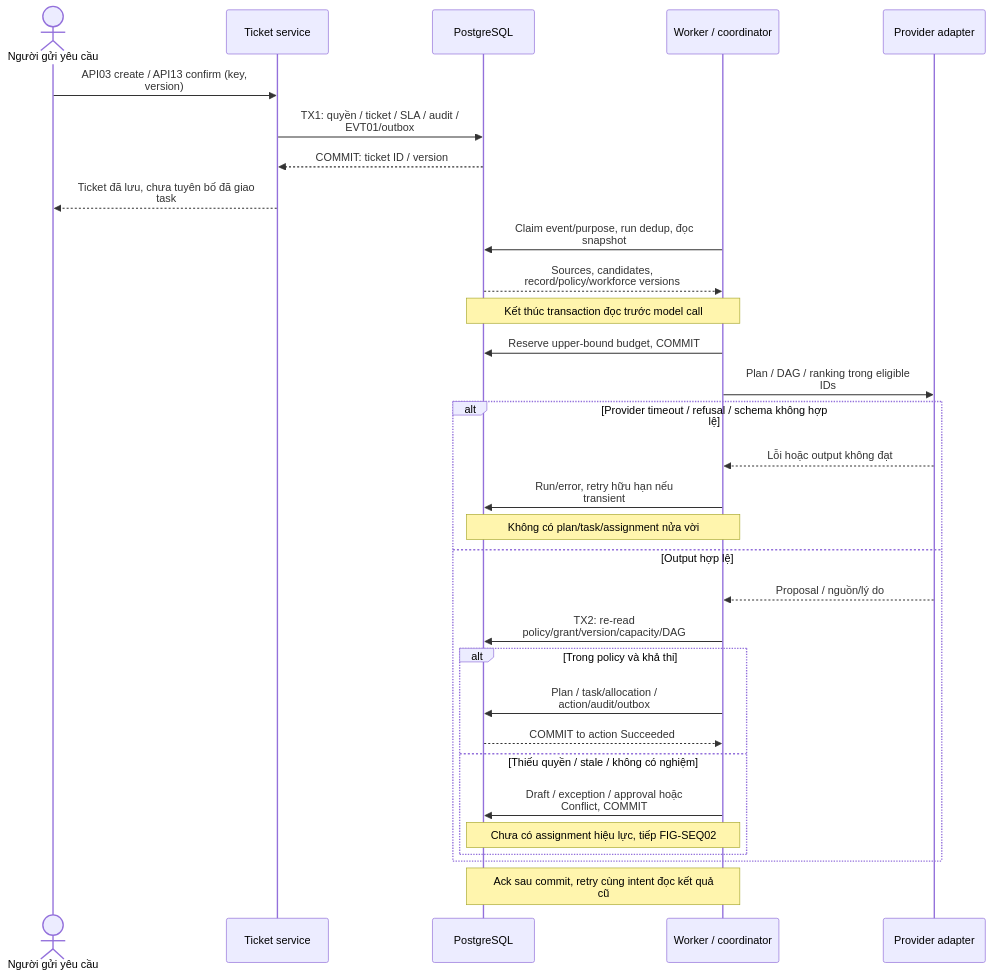
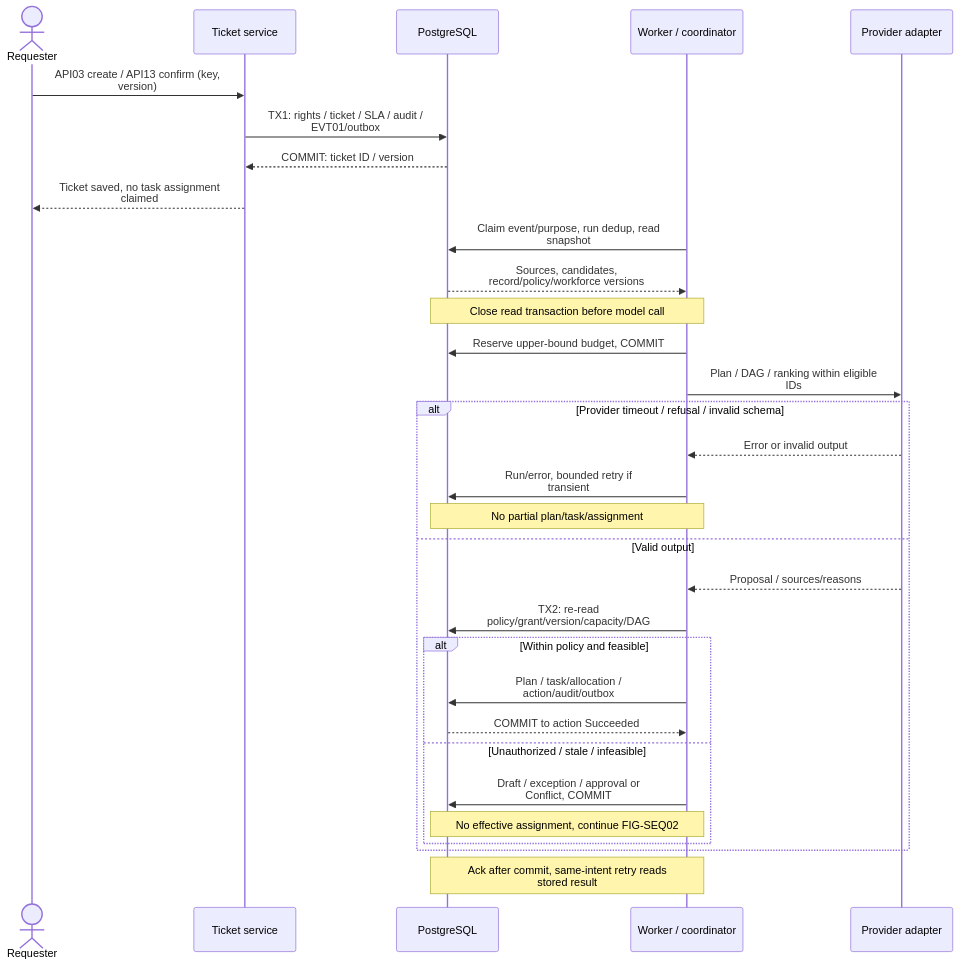
Before and after one commit to congminh1705/IT-Operation-Hub: the third of 5 diagrams in docs/diagrams/architecture.md, drawn with Mermaid. The commit also changed other lines of this file and 70 other files, not shown here.

Commit message:
docs(diagrams): synchronize English SVG and native XMind designs

````diff
--- a/docs/diagrams/architecture.md
+++ b/docs/diagrams/architecture.md
@@ -108,33 +108,33 @@
 ```mermaid
 sequenceDiagram
-    actor U as Người gửi yêu cầu
+    actor U as Requester
     participant API as Ticket service
     participant DB as PostgreSQL
     participant W as Worker / coordinator
     participant P as Provider adapter
     U->>API: API03 create / API13 confirm (key,<br/>version)
-    API->>DB: TX1: quyền / ticket / SLA / audit /<br/>EVT01/outbox
+    API->>DB: TX1: rights / ticket / SLA / audit /<br/>EVT01/outbox
     DB-->>API: COMMIT: ticket ID / version
-    API-->>U: Ticket đã lưu, chưa tuyên bố đã giao<br/>task
-    W->>DB: Claim event/purpose, run dedup, đọc<br/>snapshot
+    API-->>U: Ticket saved, no task assignment<br/>claimed
+    W->>DB: Claim event/purpose, run dedup, read<br/>snapshot
     DB-->>W: Sources, candidates,<br/>record/policy/workforce versions
-    Note over DB,W: Kết thúc transaction đọc trước model call
+    Note over DB,W: Close read transaction before model call
     W->>DB: Reserve upper-bound budget, COMMIT
-    W->>P: Plan / DAG / ranking trong eligible<br/>IDs
-    alt Provider timeout / refusal / schema không hợp lệ
-        P-->>W: Lỗi hoặc output không đạt
-        W->>DB: Run/error, retry hữu hạn nếu<br/>transient
-        Note over DB,W: Không có plan/task/assignment nửa vời
-    else Output hợp lệ
-        P-->>W: Proposal / nguồn/lý do
+    W->>P: Plan / DAG / ranking within eligible<br/>IDs
+    alt Provider timeout / refusal / invalid schema
+        P-->>W: Error or invalid output
+        W->>DB: Run/error, bounded retry if<br/>transient
+        Note over DB,W: No partial plan/task/assignment
+    else Valid output
+        P-->>W: Proposal / sources/reasons
         W->>DB: TX2: re-read<br/>policy/grant/version/capacity/DAG
-        alt Trong policy và khả thi
+        alt Within policy and feasible
             W->>DB: Plan / task/allocation /<br/>action/audit/outbox
             DB-->>W: COMMIT to action Succeeded
-        else Thiếu quyền / stale / không có nghiệm
-            W->>DB: Draft / exception / approval hoặc<br/>Conflict, COMMIT
-            Note over DB,W: Chưa có assignment hiệu lực, tiếp FIG-SEQ02
+        else Unauthorized / stale / infeasible
+            W->>DB: Draft / exception / approval or<br/>Conflict, COMMIT
+            Note over DB,W: No effective assignment, continue FIG-SEQ02
         end
     end
-    Note over W,DB: Ack sau commit, retry cùng intent đọc kết quả<br/>cũ
+    Note over W,DB: Ack after commit, same-intent retry reads<br/>stored result
 ```
````
